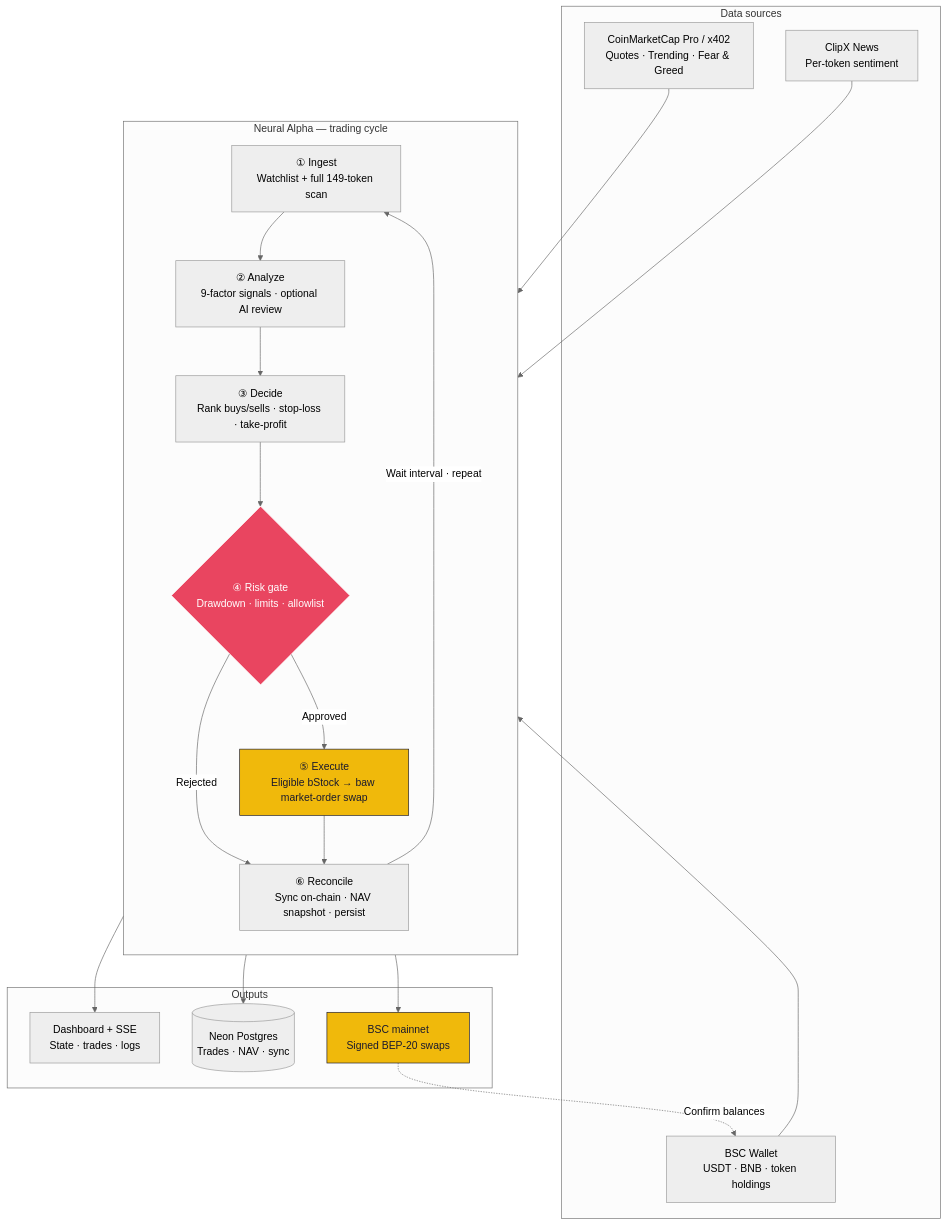
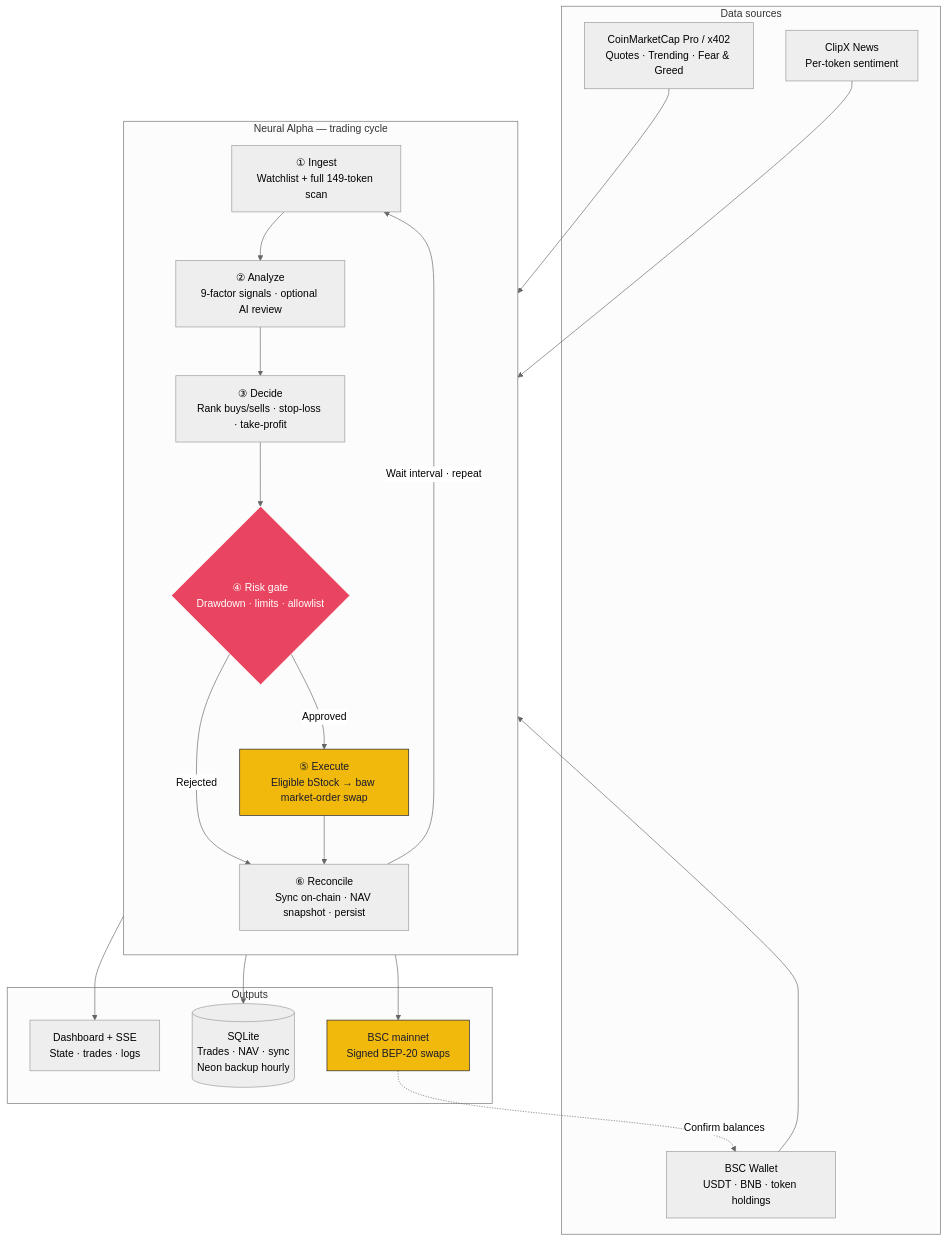
Before and after one commit to ClipXonchain/neural-alpha: the diagram in README.md, drawn with Mermaid (neutral theme). The commit also changed other lines of this file and 120 other files, not shown here.

````diff
--- a/README.md
+++ b/README.md
@@ -105,41 +105,41 @@
 ```mermaid
 flowchart TB
     subgraph SOURCES["Data sources"]
         CMC["CoinMarketCap Pro / x402<br/>Quotes · Trending · Fear & Greed"]
         NEWS["ClipX News<br/>Per-token sentiment"]
         WALLET["BSC Wallet<br/>USDT · BNB · token holdings"]
     end
 
     subgraph LOOP["Neural Alpha — trading cycle"]
         direction TB
         S1["① Ingest<br/>Watchlist + full 149-token scan"]
         S2["② Analyze<br/>9-factor signals · optional AI review"]
         S3["③ Decide<br/>Rank buys/sells · stop-loss · take-profit"]
         S4{"④ Risk gate<br/>Drawdown · limits · allowlist"}
         S5["⑤ Execute<br/>Eligible bStock → baw market-order swap"]
         S6["⑥ Reconcile<br/>Sync on-chain · NAV snapshot · persist"]
 
         S1 --> S2 --> S3 --> S4
         S4 -->|Rejected| S6
         S4 -->|Approved| S5 --> S6
     end
 
     subgraph OUTPUTS["Outputs"]
         UI["Dashboard + SSE<br/>State · trades · logs"]
-        DB[("Neon Postgres<br/>Trades · NAV · sync")]
+        DB[("SQLite<br/>Trades · NAV · sync<br/>Neon backup hourly")]
         TX["BSC mainnet<br/>Signed BEP-20 swaps"]
     end
 
     CMC --> S1
     NEWS --> S1
     WALLET --> S6
     S5 --> TX
     TX -.->|Confirm balances| WALLET
     S6 --> UI
     S6 --> DB
     S6 -->|Wait interval · repeat| S1
 
     style S4 fill:#e94560,stroke:#fff,color:#fff
     style S5 fill:#f0b90b,stroke:#1a1a2e,color:#1a1a2e
     style TX fill:#f0b90b,stroke:#1a1a2e,color:#1a1a2e
 ```
````
